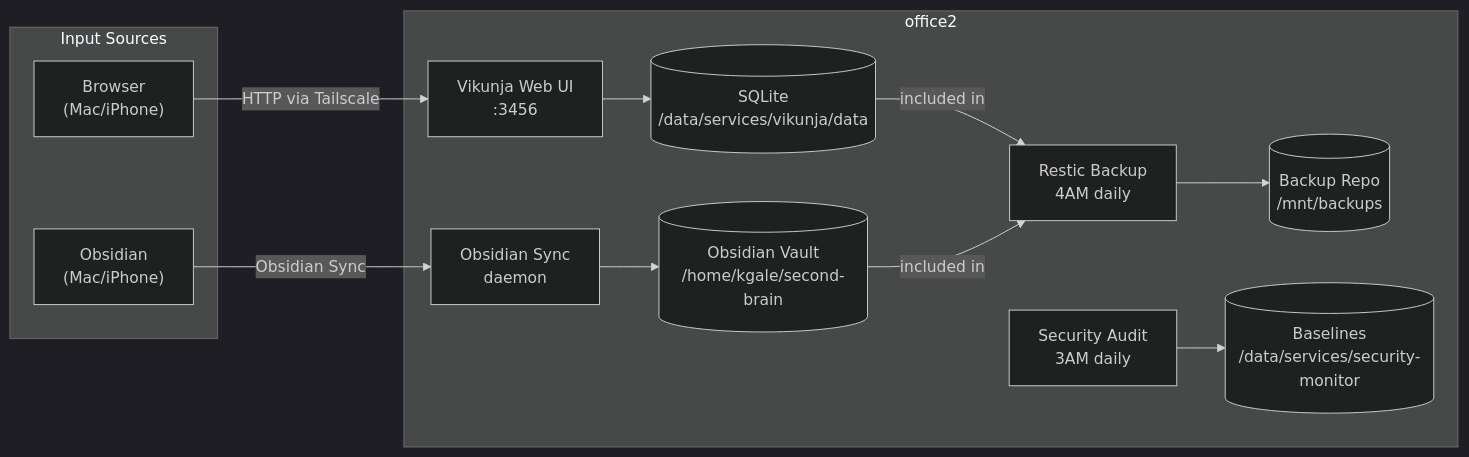
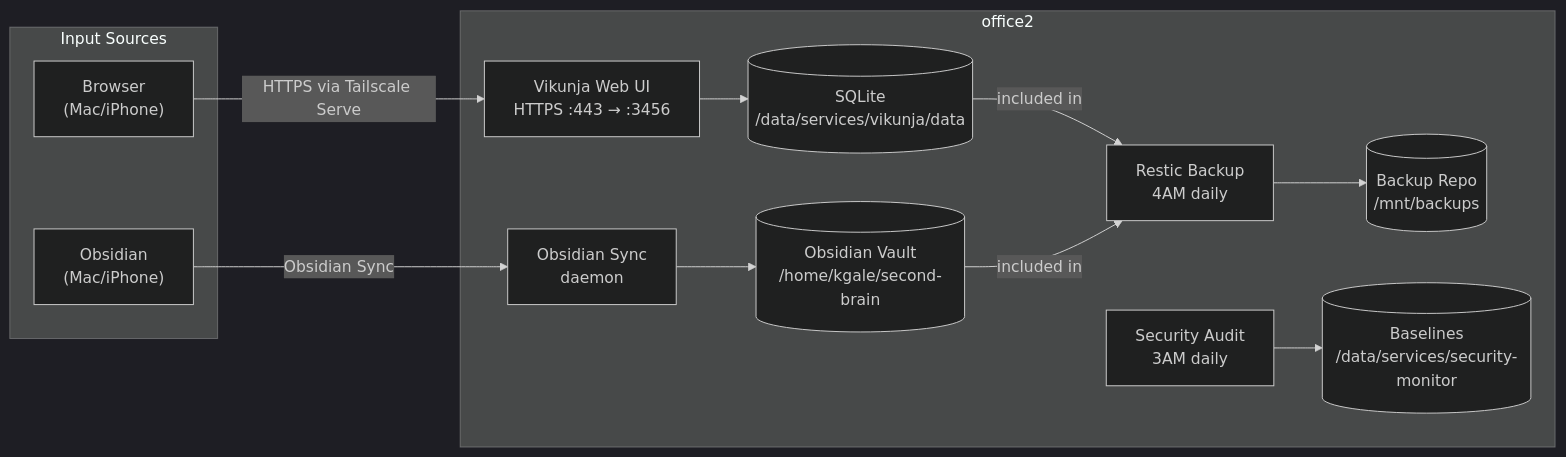
One commit to kentonium3/kg-automation changed the diagram in docs/design/architecture/data-flows.view.md. Above: the diagram before and after it, drawn with Mermaid (dark theme). The commit also changed 7 other files, not shown here.

First line of the commit message:
docs: update architecture for Vikunja HTTPS via Tailscale Serve

````diff
--- a/docs/design/architecture/data-flows.view.md
+++ b/docs/design/architecture/data-flows.view.md
@@ -15,28 +15,28 @@
 ```mermaid
 %% source: docs/design/architecture/data-flows.mmd
 graph LR
     subgraph inputs["Input Sources"]
         browser["Browser<br/>(Mac/iPhone)"]
         obsidian_app["Obsidian<br/>(Mac/iPhone)"]
     end
 
     subgraph office2["office2"]
-        vikunja_ui["Vikunja Web UI<br/>:3456"]
+        vikunja_ui["Vikunja Web UI<br/>HTTPS :443 → :3456"]
         vikunja_db[("SQLite<br/>/data/services/vikunja/data")]
         ob_sync["Obsidian Sync<br/>daemon"]
         vault[("Obsidian Vault<br/>/home/kgale/second-brain")]
         restic["Restic Backup<br/>4AM daily"]
         backup_repo[("Backup Repo<br/>/mnt/backups")]
         audit["Security Audit<br/>3AM daily"]
         baselines[("Baselines<br/>/data/services/security-monitor")]
     end
 
-    browser -->|"HTTP via Tailscale"| vikunja_ui
+    browser -->|"HTTPS via Tailscale Serve"| vikunja_ui
     vikunja_ui --> vikunja_db
     obsidian_app -->|"Obsidian Sync"| ob_sync
     ob_sync --> vault
     vikunja_db -->|"included in"| restic
     vault -->|"included in"| restic
     restic --> backup_repo
     audit --> baselines
 ```
````
